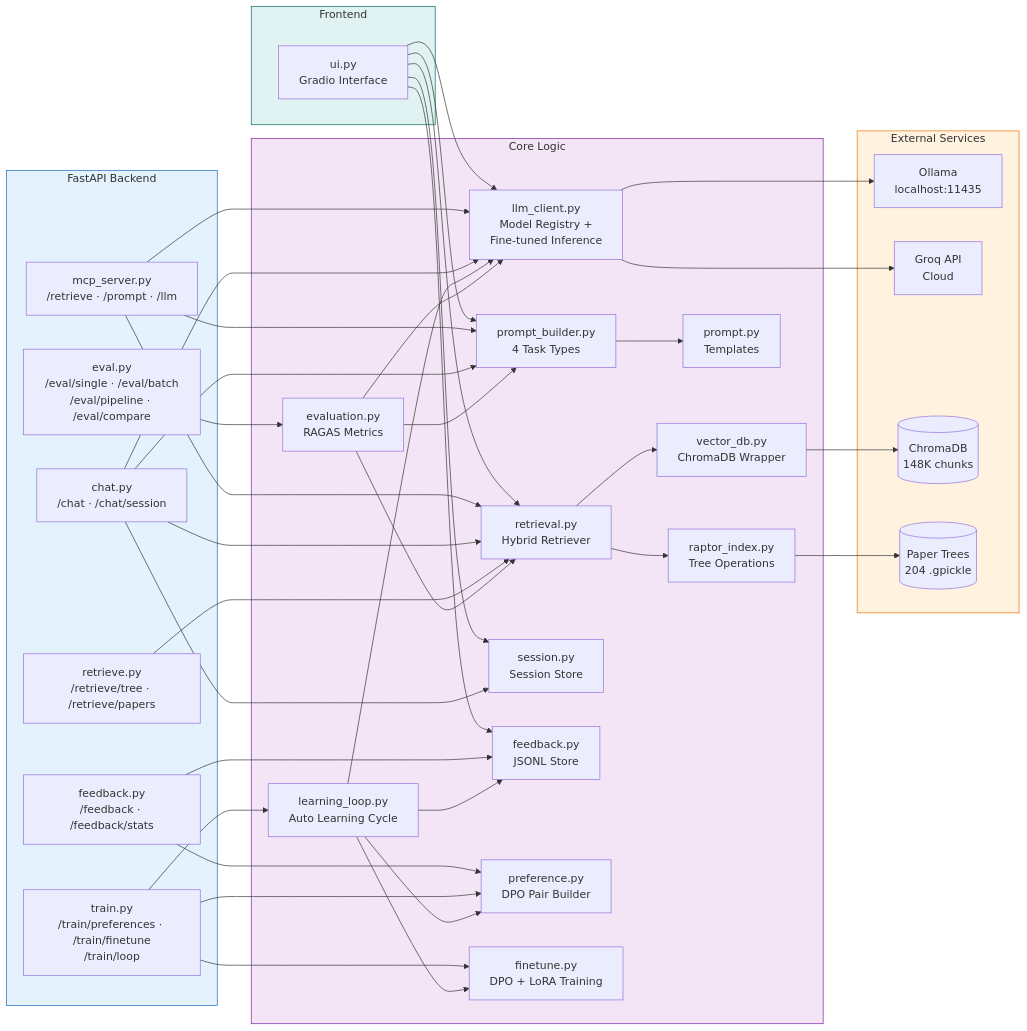
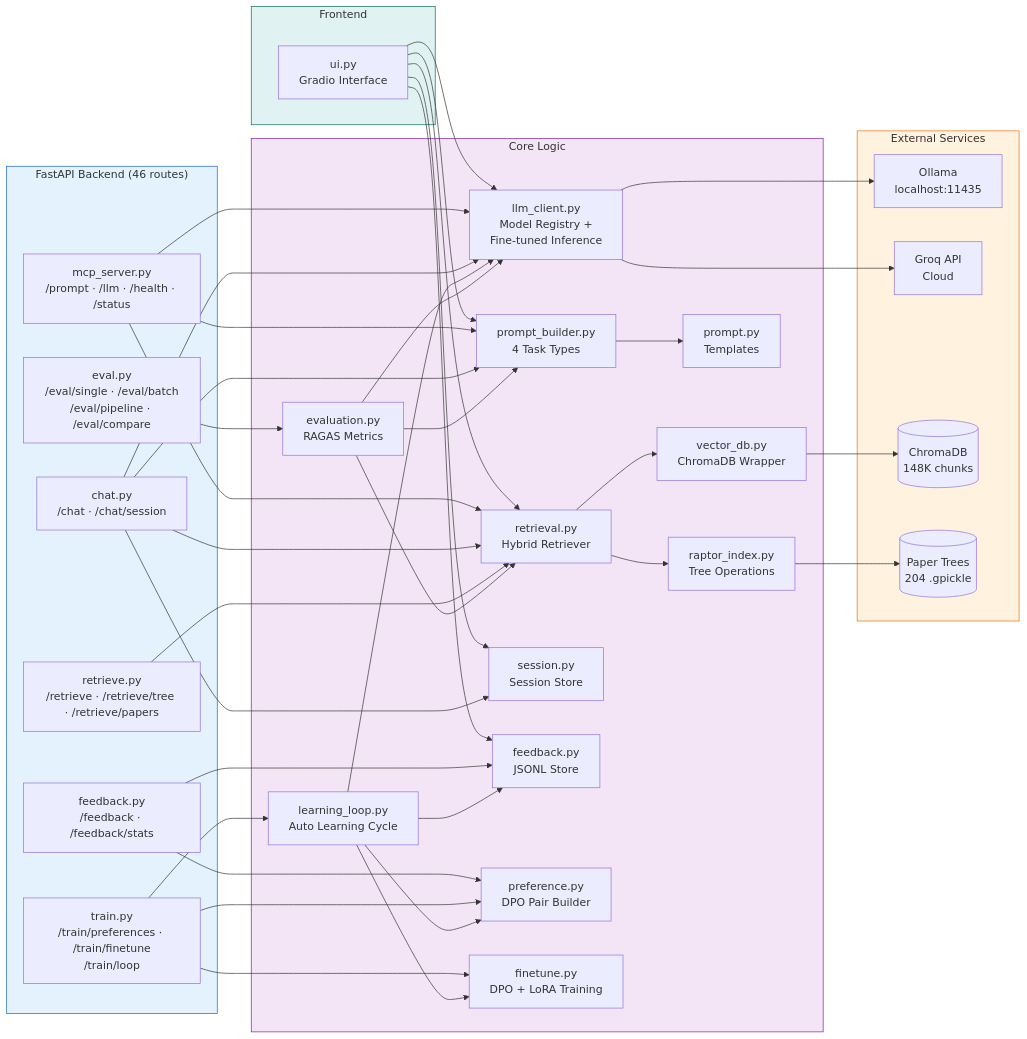
One commit to priyankmistry21699-web/raptor-research-assistant changed the fourth of 7 diagrams in README.md. Above: the diagram before and after it, drawn with Mermaid. The commit also changed other lines of this file and 5 other files, not shown here.

````diff
--- a/README.md
+++ b/README.md
@@ -212,58 +212,58 @@
 ```mermaid
 graph LR
-    subgraph API["FastAPI Backend"]
-        MCP["mcp_server.py<br/>/retrieve · /prompt · /llm"]
+    subgraph API["FastAPI Backend (46 routes)"]
+        MCP["mcp_server.py<br/>/prompt · /llm · /health · /status"]
         CHAT["chat.py<br/>/chat · /chat/session"]
         FB["feedback.py<br/>/feedback · /feedback/stats"]
-        RET["retrieve.py<br/>/retrieve/tree · /retrieve/papers"]
+        RET["retrieve.py<br/>/retrieve · /retrieve/tree · /retrieve/papers"]
         TRAIN["train.py<br/>/train/preferences · /train/finetune<br/>/train/loop"]
         EVALAPI["eval.py<br/>/eval/single · /eval/batch<br/>/eval/pipeline · /eval/compare"]
     end
 
     subgraph CORE["Core Logic"]
         RI["raptor_index.py<br/>Tree Operations"]
         RT["retrieval.py<br/>Hybrid Retriever"]
         VDB["vector_db.py<br/>ChromaDB Wrapper"]
         PB["prompt_builder.py<br/>4 Task Types"]
         PT["prompt.py<br/>Templates"]
         LLM["llm_client.py<br/>Model Registry +<br/>Fine-tuned Inference"]
         SM["session.py<br/>Session Store"]
         FBS["feedback.py<br/>JSONL Store"]
         PREF["preference.py<br/>DPO Pair Builder"]
         FT["finetune.py<br/>DPO + LoRA Training"]
         LL["learning_loop.py<br/>Auto Learning Cycle"]
         EV["evaluation.py<br/>RAGAS Metrics"]
     end
 
     subgraph UI_LAYER["Frontend"]
         GR["ui.py<br/>Gradio Interface"]
     end
 
     subgraph EXTERNAL["External Services"]
         OL["Ollama<br/>localhost:11435"]
         GQ["Groq API<br/>Cloud"]
         CH[("ChromaDB<br/>148K chunks")]
         FS[("Paper Trees<br/>204 .gpickle")]
     end
 
     GR --> RT & PB & LLM & SM & FBS
     MCP --> RT & PB & LLM
     CHAT --> RT & PB & LLM & SM
     FB --> FBS & PREF
     RET --> RT
     TRAIN --> PREF & FT & LL
     EVALAPI --> EV
 
     RT --> VDB & RI
     PB --> PT
     VDB --> CH
     RI --> FS
     LLM --> OL & GQ
     LL --> FBS & PREF & FT & LLM
     EV --> RT & PB & LLM
 
     style API fill:#e3f2fd,stroke:#1565c0
     style CORE fill:#f3e5f5,stroke:#7b1fa2
     style UI_LAYER fill:#e0f2f1,stroke:#00695c
     style EXTERNAL fill:#fff3e0,stroke:#ef6c00
 ```
````
